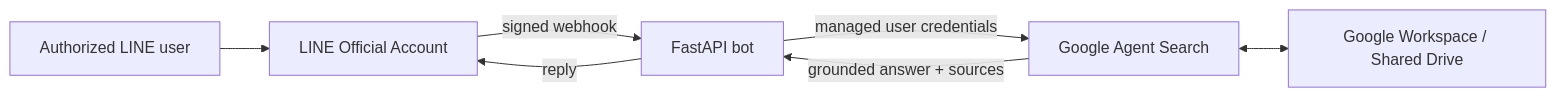
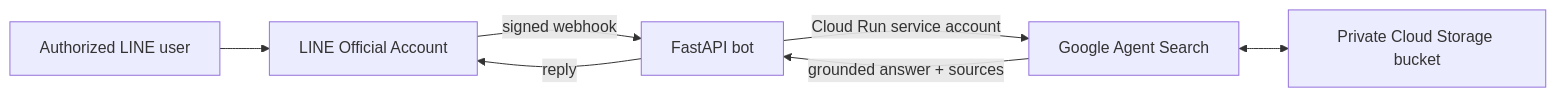
The diagram in README.md (gracemkuo/enterprise-knowledge-assistant-line), drawn with Mermaid before and after one commit. The commit also changed other lines of this file and 5 other files, not shown here.

Commit message:
docs: align POC with Cloud Storage deployment

````diff
--- a/README.md
+++ b/README.md
@@ -34,9 +34,9 @@
 ```mermaid
 flowchart LR
     U[Authorized LINE user] --> L[LINE Official Account]
     L -->|signed webhook| B[FastAPI bot]
-    B -->|managed user credentials| S[Google Agent Search]
-    S <--> D[Google Workspace / Shared Drive]
+    B -->|Cloud Run service account| S[Google Agent Search]
+    S <--> D[Private Cloud Storage bucket]
     S -->|grounded answer + sources| B
     B -->|reply| L
 ```
````
